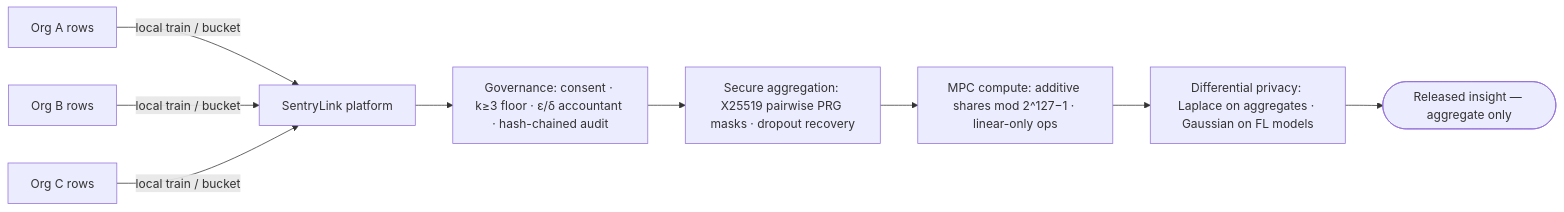
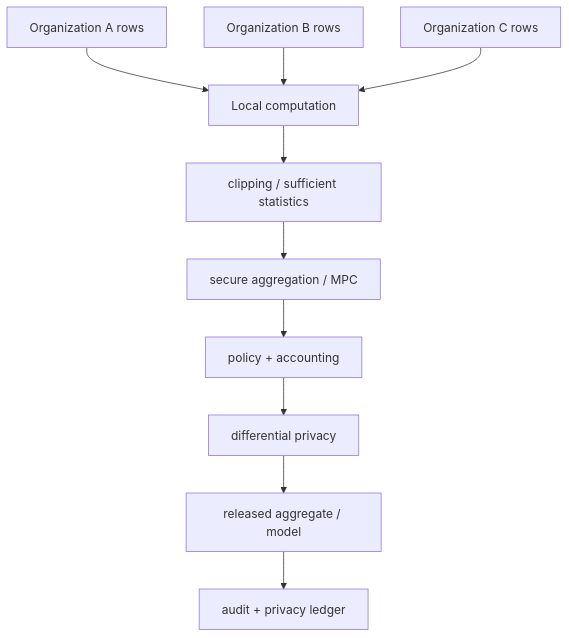
Before and after one commit to MOHAMED-EL-HADDIOUI/SentryLink: the first of 3 diagrams in README.md, drawn with Mermaid. The commit also changed other lines of this file and 4 other files, not shown here.

````diff
--- a/README.md
+++ b/README.md
@@ -42,11 +45,12 @@
 ```mermaid
-flowchart LR
-    A[Org A rows] -->|local train / bucket| P[SentryLink platform]
-    B[Org B rows] -->|local train / bucket| P
-    C[Org C rows] -->|local train / bucket| P
-    P --> G[Governance: consent · k≥3 floor · ε/δ accountant · hash-chained audit]
-    G --> S[Secure aggregation: X25519 pairwise PRG masks · dropout recovery]
-    S --> M[MPC compute: additive shares mod 2^127−1 · linear-only ops]
-    M --> D[Differential privacy: Laplace on aggregates · Gaussian on FL models]
-    D --> R([Released insight — aggregate only])
+flowchart TB
+    A[Organization A rows] --> L[Local computation]
+    B[Organization B rows] --> L
+    C[Organization C rows] --> L
+    L --> C1[clipping / sufficient statistics]
+    C1 --> S[secure aggregation / MPC]
+    S --> P[policy + accounting]
+    P --> D[differential privacy]
+    D --> R[released aggregate / model]
+    R --> AU[audit + privacy ledger]
 ```
````
